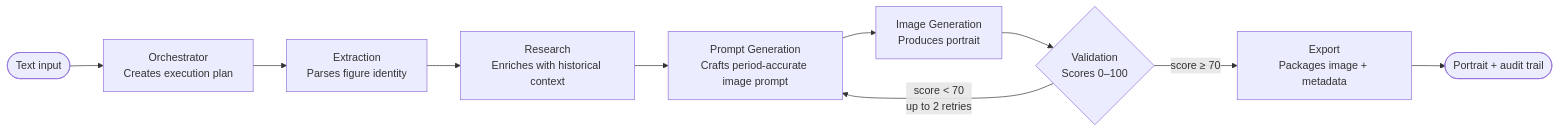
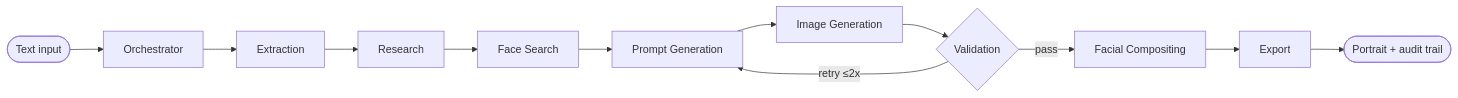
The diagram in README.md (riyer-pitsoftware/chrono-canvas), drawn with Mermaid before and after one commit. The commit also changed other lines of this file and 12 other files, not shown here.

````diff
--- a/README.md
+++ b/README.md
@@ -42,12 +52,14 @@
 ```mermaid
 flowchart LR
-    A([Text input]) --> B[Orchestrator\nCreates execution plan]
-    B --> C[Extraction\nParses figure identity]
-    C --> D[Research\nEnriches with historical context]
-    D --> E[Prompt Generation\nCrafts period-accurate image prompt]
-    E --> F[Image Generation\nProduces portrait]
-    F --> G{Validation\nScores 0–100}
-    G -- score ≥ 70 --> H[Export\nPackages image + metadata]
-    G -- score < 70\nup to 2 retries --> E
-    H --> I([Portrait + audit trail])
+    A([Text input]) --> B[Orchestrator]
+    B --> C[Extraction]
+    C --> D[Research]
+    D --> E[Face Search]
+    E --> F[Prompt Generation]
+    F --> G[Image Generation]
+    G --> H{Validation}
+    H -- pass --> I[Facial Compositing]
+    H -- retry ≤2x --> F
+    I --> J[Export]
+    J --> K([Portrait + audit trail])
 ```
````
